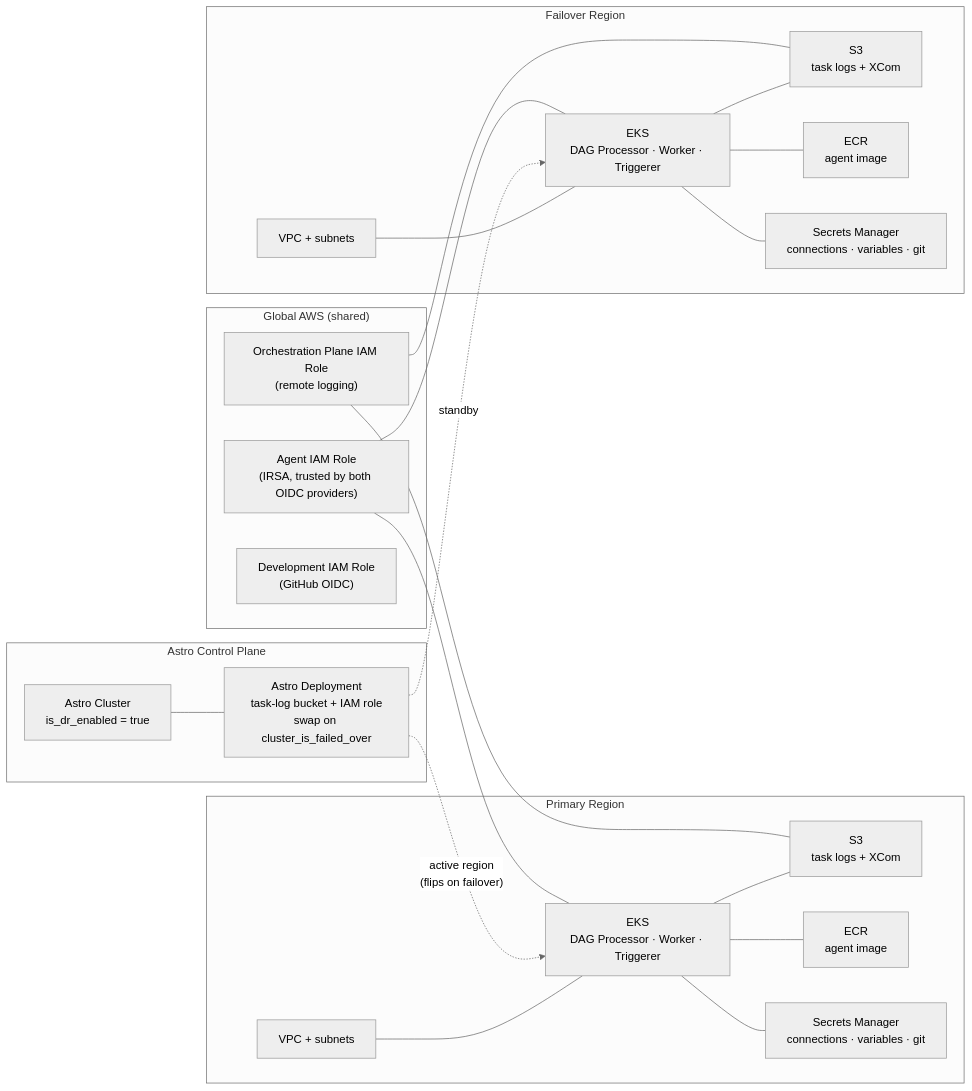
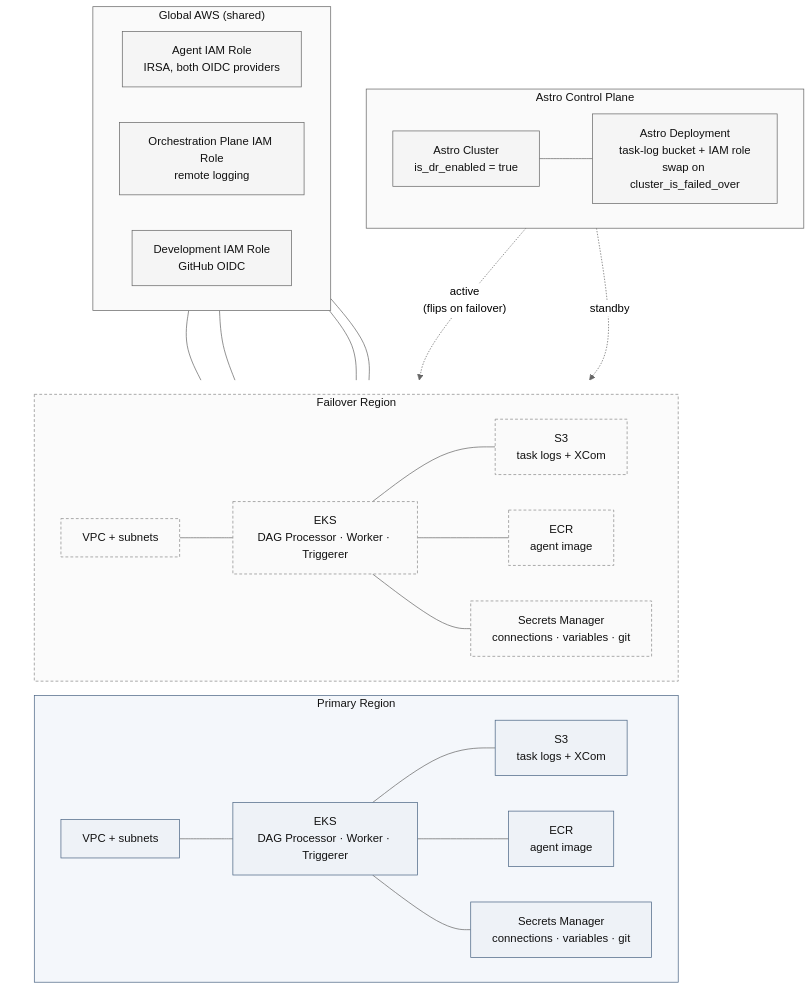
The diagram in README.md (crobertson-astro/aws-re-dr), drawn with Mermaid (neutral theme) before and after one commit.

````diff
--- a/README.md
+++ b/README.md
@@ -58,45 +58,66 @@
 ```mermaid
-flowchart LR
+flowchart TB
     subgraph Astro["Astro Control Plane"]
+        direction LR
         Cluster["Astro Cluster<br/>is_dr_enabled = true"]
         Deployment["Astro Deployment<br/>task-log bucket + IAM role<br/>swap on cluster_is_failed_over"]
         Cluster --- Deployment
     end
 
     subgraph Global["Global AWS (shared)"]
-        AgentRole["Agent IAM Role<br/>(IRSA, trusted by both OIDC providers)"]
-        OrchRole["Orchestration Plane IAM Role<br/>(remote logging)"]
-        DevRole["Development IAM Role<br/>(GitHub OIDC)"]
+        direction LR
+        AgentRole["Agent IAM Role<br/>IRSA, both OIDC providers"]
+        OrchRole["Orchestration Plane IAM Role<br/>remote logging"]
+        DevRole["Development IAM Role<br/>GitHub OIDC"]
     end
 
-    subgraph Primary["Primary Region"]
-        PVPC["VPC + subnets"]
-        PEKS["EKS<br/>DAG Processor · Worker · Triggerer"]
-        PS3["S3<br/>task logs + XCom"]
-        PECR["ECR<br/>agent image"]
-        PSM["Secrets Manager<br/>connections · variables · git"]
-        PVPC --- PEKS
-        PEKS --- PS3
-        PEKS --- PECR
-        PEKS --- PSM
+    subgraph Regions[" "]
+        direction LR
+        subgraph Primary["Primary Region"]
+            PVPC["VPC + subnets"]
+            PEKS["EKS<br/>DAG Processor · Worker · Triggerer"]
+            PS3["S3<br/>task logs + XCom"]
+            PECR["ECR<br/>agent image"]
+            PSM["Secrets Manager<br/>connections · variables · git"]
+            PVPC --- PEKS
+            PEKS --- PS3
+            PEKS --- PECR
+            PEKS --- PSM
+        end
+
+        subgraph Failover["Failover Region"]
+            FVPC["VPC + subnets"]
+            FEKS["EKS<br/>DAG Processor · Worker · Triggerer"]
+            FS3["S3<br/>task logs + XCom"]
+            FECR["ECR<br/>agent image"]
+            FSM["Secrets Manager<br/>connections · variables · git"]
+            FVPC --- FEKS
+            FEKS --- FS3
+            FEKS --- FECR
+            FEKS --- FSM
+        end
     end
 
-    subgraph Failover["Failover Region"]
-        FVPC["VPC + subnets"]
-        FEKS["EKS<br/>DAG Processor · Worker · Triggerer"]
-        FS3["S3<br/>task logs + XCom"]
-        FECR["ECR<br/>agent image"]
-        FSM["Secrets Manager<br/>connections · variables · git"]
-        FVPC --- FEKS
-        FEKS --- FS3
-        FEKS --- FECR
-        FEKS --- FSM
-    end
-
-    Deployment -. "active region<br/>(flips on failover)" .-> PEKS
+    Deployment -. "active<br/>(flips on failover)" .-> PEKS
     Deployment -. "standby" .-> FEKS
     AgentRole --- PEKS
     AgentRole --- FEKS
     OrchRole --- PS3
     OrchRole --- FS3
+
+    classDef shared fill:#f5f5f5,stroke:#666,stroke-width:1px,color:#111
+    classDef primary fill:#eef2f7,stroke:#4b6584,stroke-width:1px,color:#111
+    classDef failover fill:#fafafa,stroke:#8a8a8a,stroke-width:1px,stroke-dasharray:4 3,color:#111
+    classDef groupShared fill:#fafafa,stroke:#666,stroke-width:1px,color:#111
+    classDef groupPrimary fill:#f4f7fb,stroke:#4b6584,stroke-width:1px,color:#111
+    classDef groupFailover fill:#fbfbfb,stroke:#8a8a8a,stroke-width:1px,stroke-dasharray:4 3,color:#111
+    classDef invisible fill:none,stroke:none
+
+    class Cluster,Deployment,AgentRole,OrchRole,DevRole shared
+    class PVPC,PEKS,PS3,PECR,PSM primary
+    class FVPC,FEKS,FS3,FECR,FSM failover
+    class Astro,Global groupShared
+    class Primary groupPrimary
+    class Failover groupFailover
+    class Regions invisible
 ```
````
